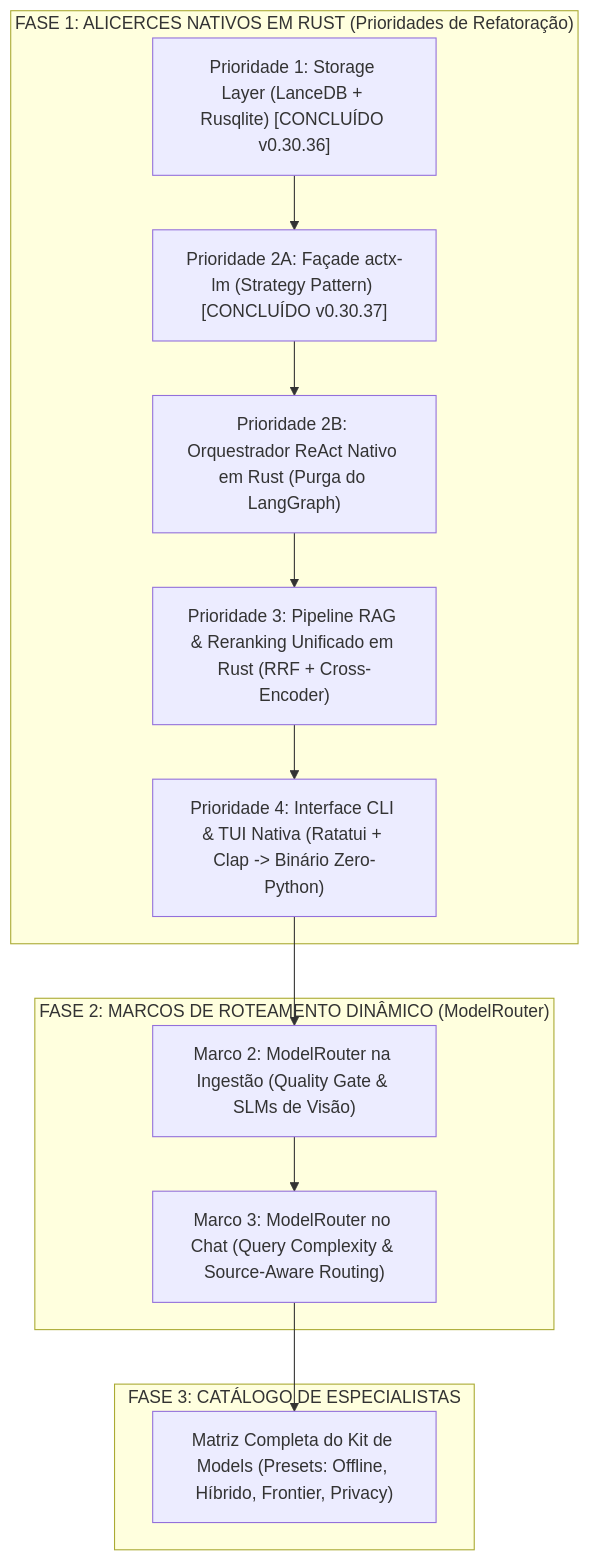
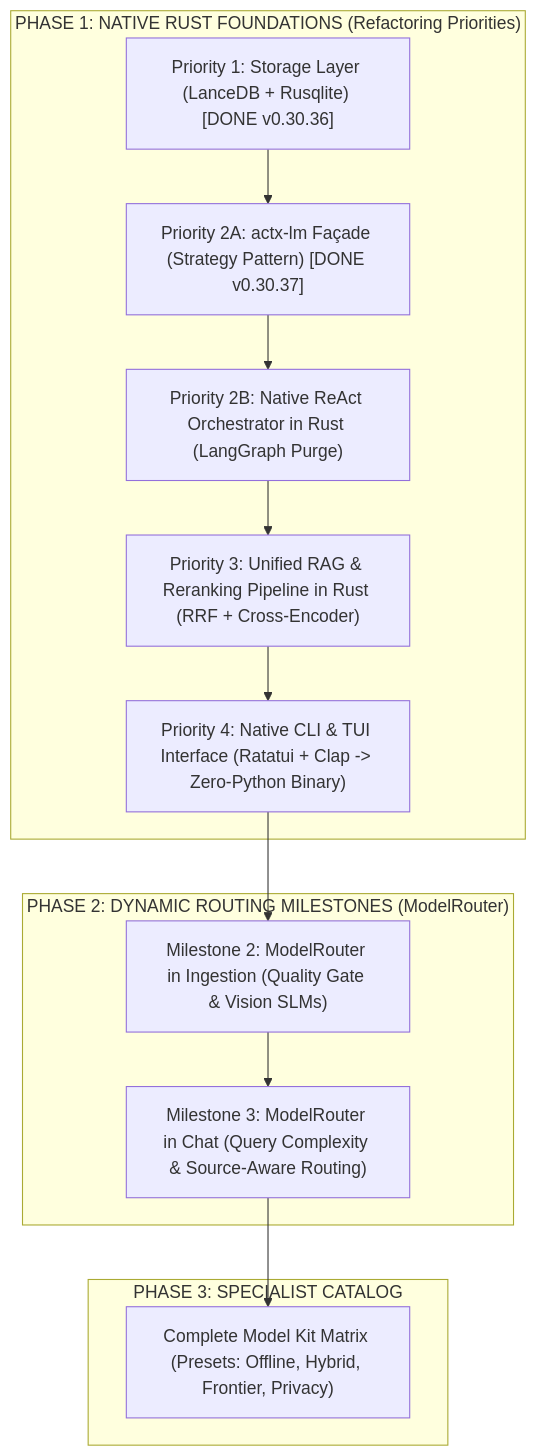
The diagram in docs/plans/anycontext_master_roadmap_v0_30_37.md (Levix-Digital/any-context), drawn with Mermaid before and after one commit. The commit also changed other lines of this file and 1 other file, not shown here.

First line of the commit message:
docs: translate session records and the v0.30.37 roadmap to English

````diff
--- a/docs/plans/anycontext_master_roadmap_v0_30_37.md
+++ b/docs/plans/anycontext_master_roadmap_v0_30_37.md
@@ -56,27 +56,27 @@
 ```mermaid
 graph TD
-    subgraph "FASE 1: ALICERCES NATIVOS EM RUST (Prioridades de Refatoração)"
-        P1["Prioridade 1: Storage Layer (LanceDB + Rusqlite) [CONCLUÍDO v0.30.36]"]
-        P2A["Prioridade 2A: Façade actx-lm (Strategy Pattern) [CONCLUÍDO v0.30.37]"]
-        P2B["Prioridade 2B: Orquestrador ReAct Nativo em Rust (Purga do LangGraph)"]
-        P3["Prioridade 3: Pipeline RAG & Reranking Unificado em Rust (RRF + Cross-Encoder)"]
-        P4["Prioridade 4: Interface CLI & TUI Nativa (Ratatui + Clap -> Binário Zero-Python)"]
+    subgraph "PHASE 1: NATIVE RUST FOUNDATIONS (Refactoring Priorities)"
+        P1["Priority 1: Storage Layer (LanceDB + Rusqlite) [DONE v0.30.36]"]
+        P2A["Priority 2A: actx-lm Façade (Strategy Pattern) [DONE v0.30.37]"]
+        P2B["Priority 2B: Native ReAct Orchestrator in Rust (LangGraph Purge)"]
+        P3["Priority 3: Unified RAG & Reranking Pipeline in Rust (RRF + Cross-Encoder)"]
+        P4["Priority 4: Native CLI & TUI Interface (Ratatui + Clap -> Zero-Python Binary)"]
     end
 
-    subgraph "FASE 2: MARCOS DE ROTEAMENTO DINÂMICO (ModelRouter)"
-        M2["Marco 2: ModelRouter na Ingestão (Quality Gate & SLMs de Visão)"]
-        M3["Marco 3: ModelRouter no Chat (Query Complexity & Source-Aware Routing)"]
+    subgraph "PHASE 2: DYNAMIC ROUTING MILESTONES (ModelRouter)"
+        M2["Milestone 2: ModelRouter in Ingestion (Quality Gate & Vision SLMs)"]
+        M3["Milestone 3: ModelRouter in Chat (Query Complexity & Source-Aware Routing)"]
     end
 
-    subgraph "FASE 3: CATÁLOGO DE ESPECIALISTAS"
-        KIT["Matriz Completa do Kit de Models (Presets: Offline, Híbrido, Frontier, Privacy)"]
+    subgraph "PHASE 3: SPECIALIST CATALOG"
+        KIT["Complete Model Kit Matrix (Presets: Offline, Hybrid, Frontier, Privacy)"]
     end
 
     P1 --> P2A
     P2A --> P2B
     P2B --> P3
     P3 --> P4
     P4 --> M2
     M2 --> M3
     M3 --> KIT
 ```
````
